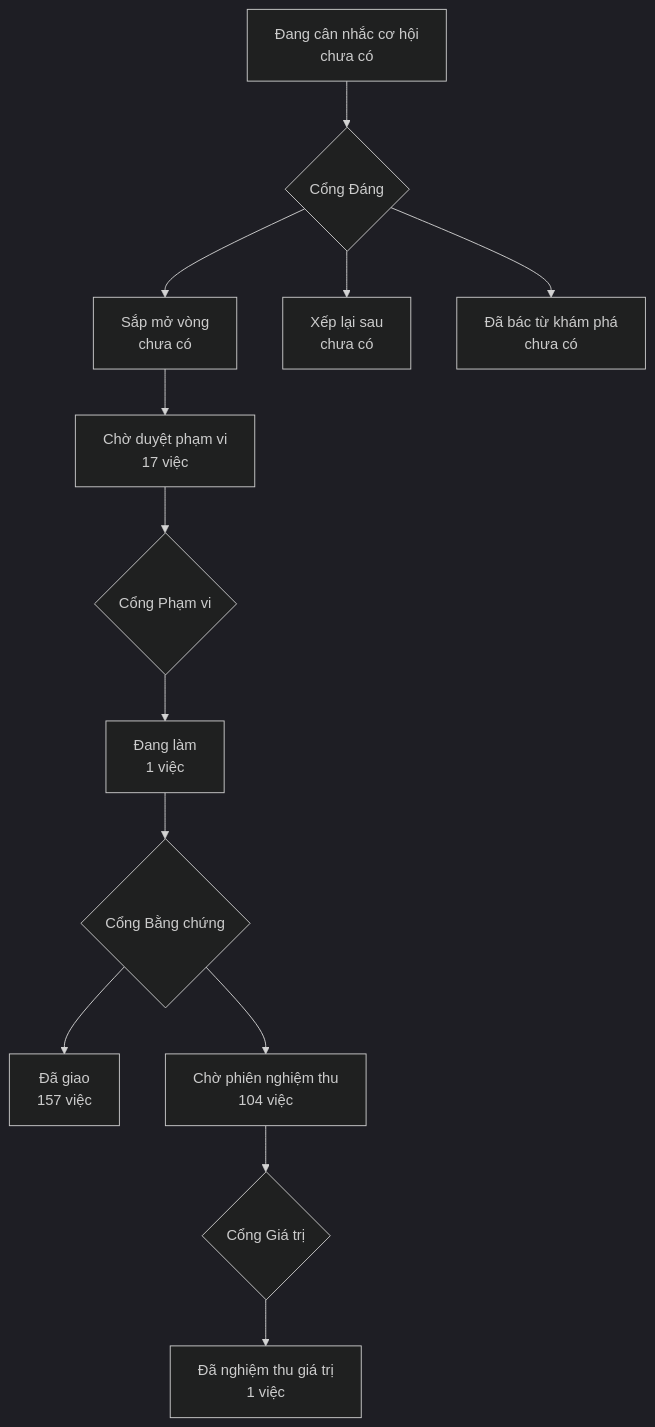
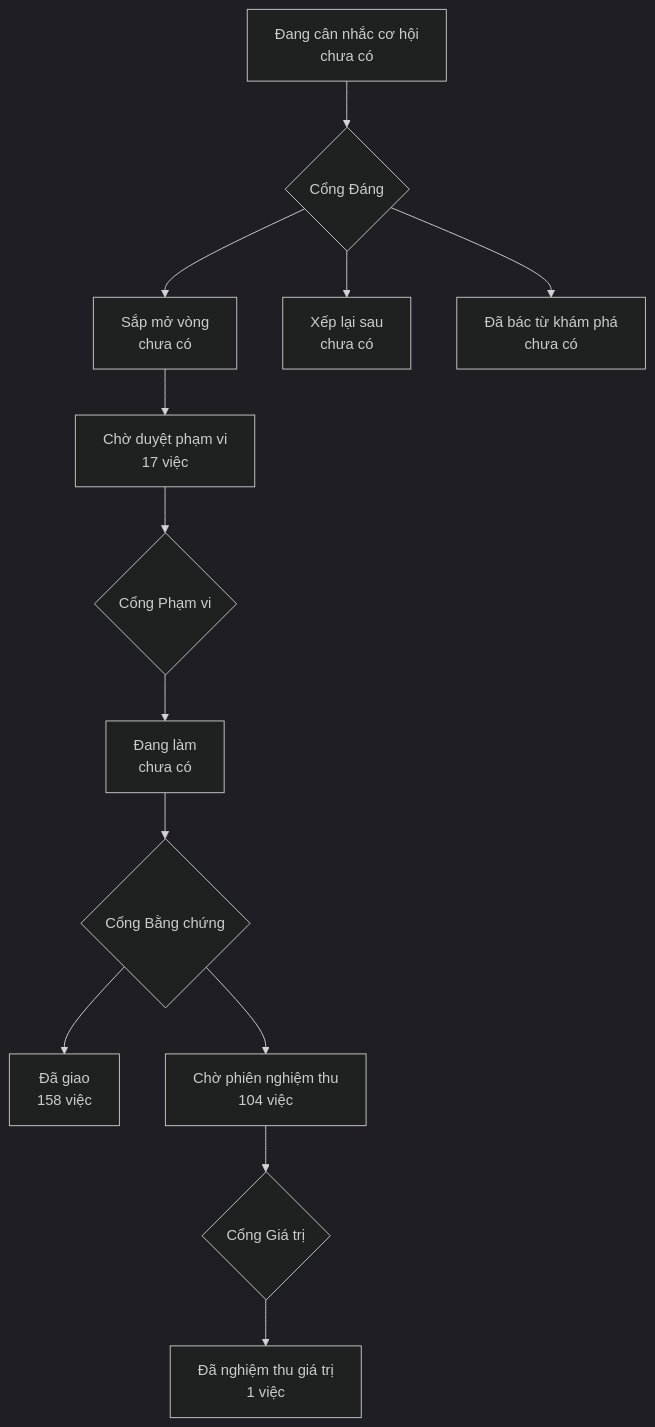
Before and after one commit to phanlemanh/onehub-invest: the diagram in PRODUCT-MAP.md, drawn with Mermaid (dark theme). The commit also changed other lines of this file and 4 other files, not shown here.

````diff
--- a/PRODUCT-MAP.md
+++ b/PRODUCT-MAP.md
@@ -7,12 +7,12 @@
 ```mermaid
 flowchart TD
   A["Đang cân nhắc cơ hội<br/>chưa có"] --> GD{"Cổng Đáng"}
   GD --> B["Sắp mở vòng<br/>chưa có"]
   GD --> XL["Xếp lại sau<br/>chưa có"]
   GD --> DB["Đã bác từ khám phá<br/>chưa có"]
   B --> CD["Chờ duyệt phạm vi<br/>17 việc"] --> GP{"Cổng Phạm vi"}
-  GP --> DL["Đang làm<br/>1 việc"] --> GB{"Cổng Bằng chứng"}
-  GB --> DG["Đã giao<br/>157 việc"]
+  GP --> DL["Đang làm<br/>chưa có"] --> GB{"Cổng Bằng chứng"}
+  GB --> DG["Đã giao<br/>158 việc"]
   GB --> CN["Chờ phiên nghiệm thu<br/>104 việc"] --> GG{"Cổng Giá trị"}
   GG --> NT["Đã nghiệm thu giá trị<br/>1 việc"]
 ```
````
